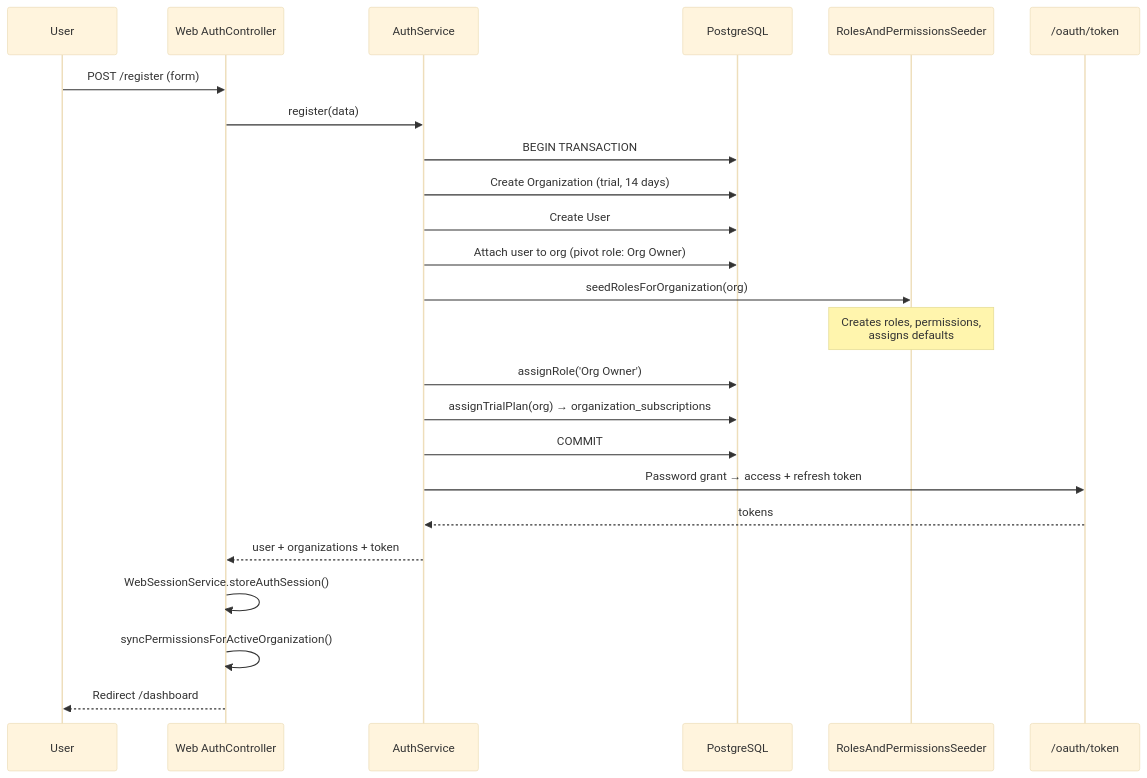
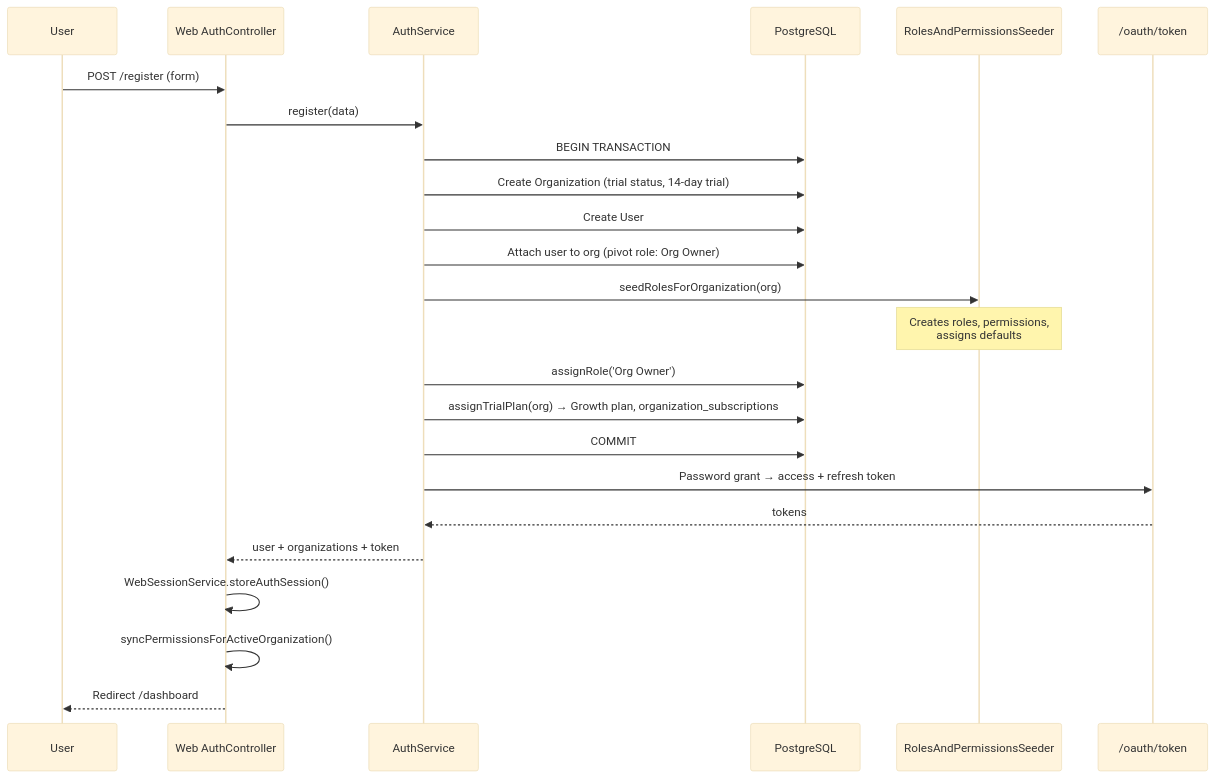
Before and after one commit to musafci/Inventory-Management-SaaS: the third of 12 diagrams in docs/SYSTEM-ARCHITECTURE-AND-WORKFLOWS.md, drawn with Mermaid (base theme). The commit also changed other lines of this file and 61 other files, not shown here.

````diff
--- a/docs/SYSTEM-ARCHITECTURE-AND-WORKFLOWS.md
+++ b/docs/SYSTEM-ARCHITECTURE-AND-WORKFLOWS.md
@@ -250,27 +251,27 @@
 ```mermaid
 sequenceDiagram
     participant U as User
     participant Web as Web AuthController
     participant Auth as AuthService
     participant DB as PostgreSQL
     participant Seed as RolesAndPermissionsSeeder
     participant OAuth as /oauth/token
 
     U->>Web: POST /register (form)
     Web->>Auth: register(data)
     Auth->>DB: BEGIN TRANSACTION
-    Auth->>DB: Create Organization (trial, 14 days)
+    Auth->>DB: Create Organization (trial status, 14-day trial)
     Auth->>DB: Create User
     Auth->>DB: Attach user to org (pivot role: Org Owner)
     Auth->>Seed: seedRolesForOrganization(org)
     Note over Seed: Creates roles, permissions,<br/>assigns defaults
     Auth->>DB: assignRole('Org Owner')
-    Auth->>DB: assignTrialPlan(org) → organization_subscriptions
+    Auth->>DB: assignTrialPlan(org) → Growth plan, organization_subscriptions
     Auth->>DB: COMMIT
     Auth->>OAuth: Password grant → access + refresh token
     OAuth-->>Auth: tokens
     Auth-->>Web: user + organizations + token
     Web->>Web: WebSessionService.storeAuthSession()
     Web->>Web: syncPermissionsForActiveOrganization()
     Web-->>U: Redirect /dashboard
 ```
````
